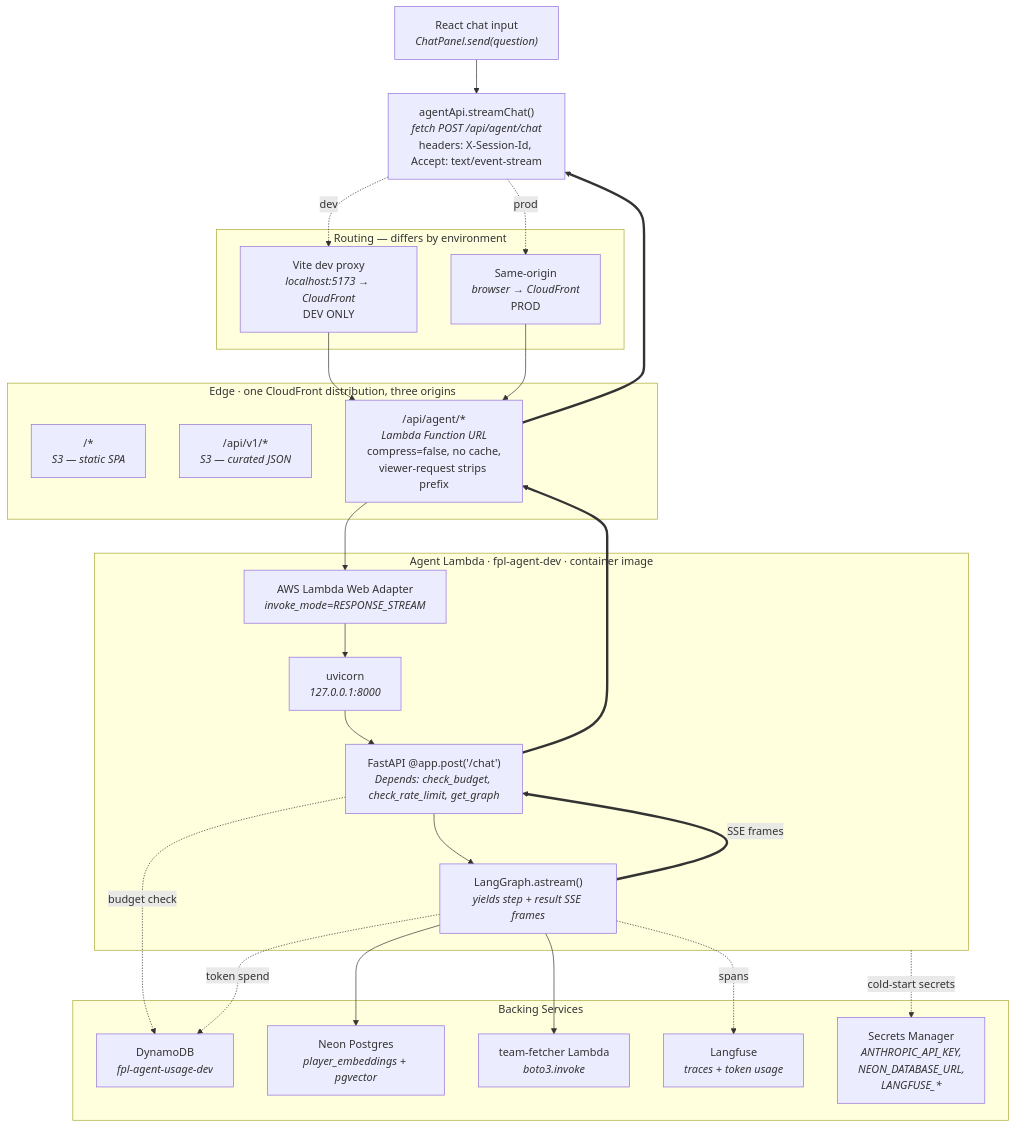
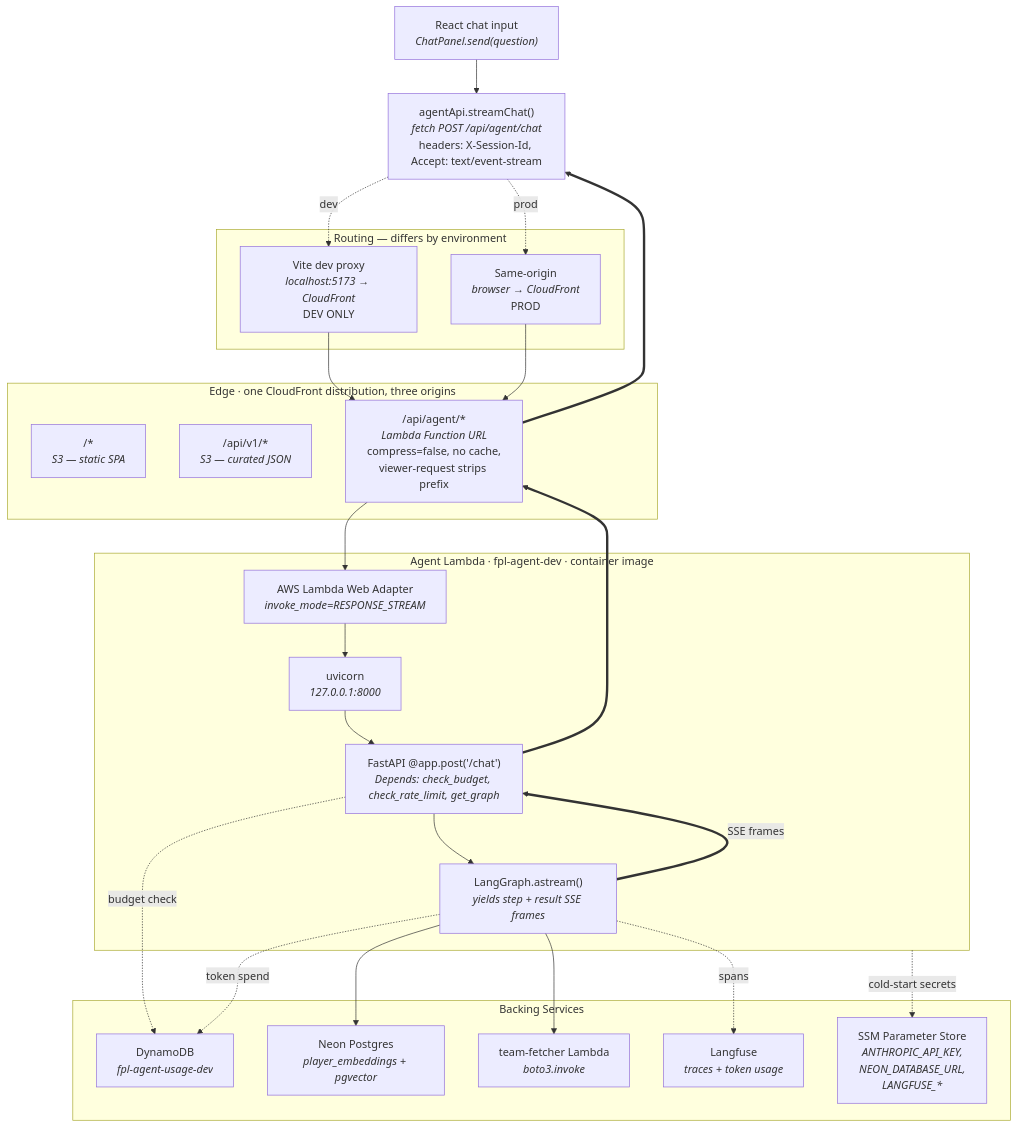
Before and after one commit to ikuzuki/fpl-platform: the diagram in docs/architecture/frontend-backend-wiring.md, drawn with Mermaid. The commit also changed other lines of this file and 21 other files, not shown here.

First line of the commit message:
chore(infra): migrate secrets from Secrets Manager to SSM Parameter Store (#140)

````diff
--- a/docs/architecture/frontend-backend-wiring.md
+++ b/docs/architecture/frontend-backend-wiring.md
@@ -9,46 +9,46 @@
 ```mermaid
 graph TB
     USER["React chat input<br/><i>ChatPanel.send(question)</i>"]
     CLIENT["agentApi.streamChat()<br/><i>fetch POST /api/agent/chat</i><br/>headers: X-Session-Id, Accept: text/event-stream"]
 
     subgraph Routing["Routing — differs by environment"]
         VITE["Vite dev proxy<br/><i>localhost:5173 → CloudFront</i><br/>DEV ONLY"]
         DIRECT["Same-origin<br/><i>browser → CloudFront</i><br/>PROD"]
     end
 
     subgraph Edge["Edge · one CloudFront distribution, three origins"]
         CF_SPA["/*<br/><i>S3 — static SPA</i>"]
         CF_DATA["/api/v1/*<br/><i>S3 — curated JSON</i>"]
         CF_AGENT["/api/agent/*<br/><i>Lambda Function URL</i><br/>compress=false, no cache,<br/>viewer-request strips prefix"]
     end
 
     subgraph Lambda["Agent Lambda · fpl-agent-dev · container image"]
         LWA["AWS Lambda Web Adapter<br/><i>invoke_mode=RESPONSE_STREAM</i>"]
         UVI["uvicorn<br/><i>127.0.0.1:8000</i>"]
         FAST["FastAPI @app.post('/chat')<br/><i>Depends: check_budget, check_rate_limit, get_graph</i>"]
         GRAPH["LangGraph.astream()<br/><i>yields step + result SSE frames</i>"]
     end
 
     subgraph Backing["Backing Services"]
         DDB["DynamoDB<br/><i>fpl-agent-usage-dev</i>"]
         NEON["Neon Postgres<br/><i>player_embeddings + pgvector</i>"]
         TF["team-fetcher Lambda<br/><i>boto3.invoke</i>"]
         LF["Langfuse<br/><i>traces + token usage</i>"]
-        SM["Secrets Manager<br/><i>ANTHROPIC_API_KEY,<br/>NEON_DATABASE_URL,<br/>LANGFUSE_*</i>"]
+        SM["SSM Parameter Store<br/><i>ANTHROPIC_API_KEY,<br/>NEON_DATABASE_URL,<br/>LANGFUSE_*</i>"]
     end
 
     USER --> CLIENT
     CLIENT -.dev.-> VITE
     CLIENT -.prod.-> DIRECT
     VITE --> CF_AGENT
     DIRECT --> CF_AGENT
     CF_AGENT --> LWA --> UVI --> FAST --> GRAPH
     FAST -.budget check.-> DDB
     GRAPH --> NEON
     GRAPH --> TF
     GRAPH -.spans.-> LF
     GRAPH -.token spend.-> DDB
     Lambda -.cold-start secrets.-> SM
 
     GRAPH ==SSE frames==> FAST ==> CF_AGENT ==> CLIENT
 ```
````
